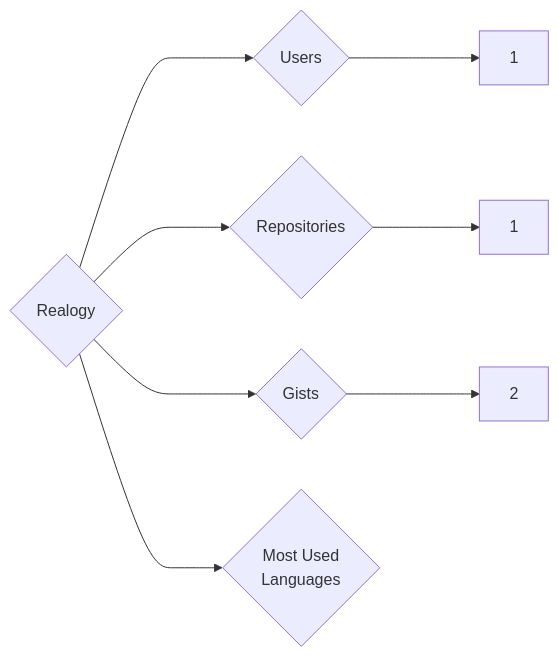
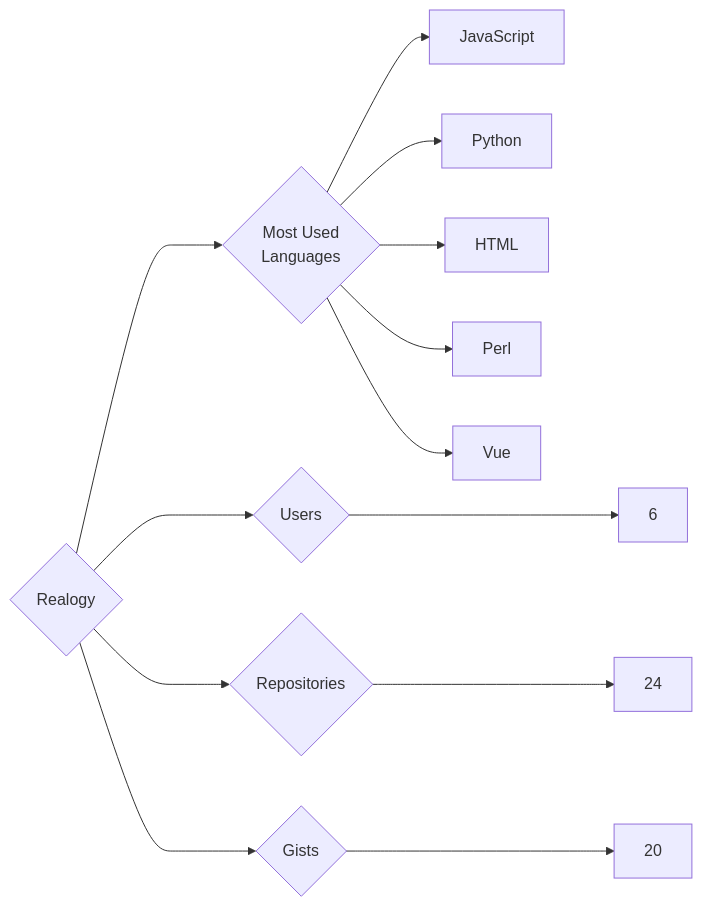
The diagram in targets/Realogy/README.md (trickest/insiders), drawn with Mermaid before and after one commit. The commit also changed 1696 other files, not shown here.

````diff
--- a/targets/Realogy/README.md
+++ b/targets/Realogy/README.md
@@ -3,8 +3,13 @@
 ```mermaid
 graph LR
 COMPANY_NAME{Realogy}
-COMPANY_NAME ---> U{Users} ---> UN[1]
-COMPANY_NAME ---> R{Repositories} ---> RN[1]
-COMPANY_NAME ---> G{Gists} ---> GN[2]
+COMPANY_NAME ---> U{Users} ---> UN[6]
+COMPANY_NAME ---> R{Repositories} ---> RN[24]
+COMPANY_NAME ---> G{Gists} ---> GN[20]
 COMPANY_NAME ---> ML{Most Used<br>Languages}
+ML --> JavaScript[JavaScript]
+ML --> Python[Python]
+ML --> HTML[HTML]
+ML --> Perl[Perl]
+ML --> Vue[Vue]
 ```
````
